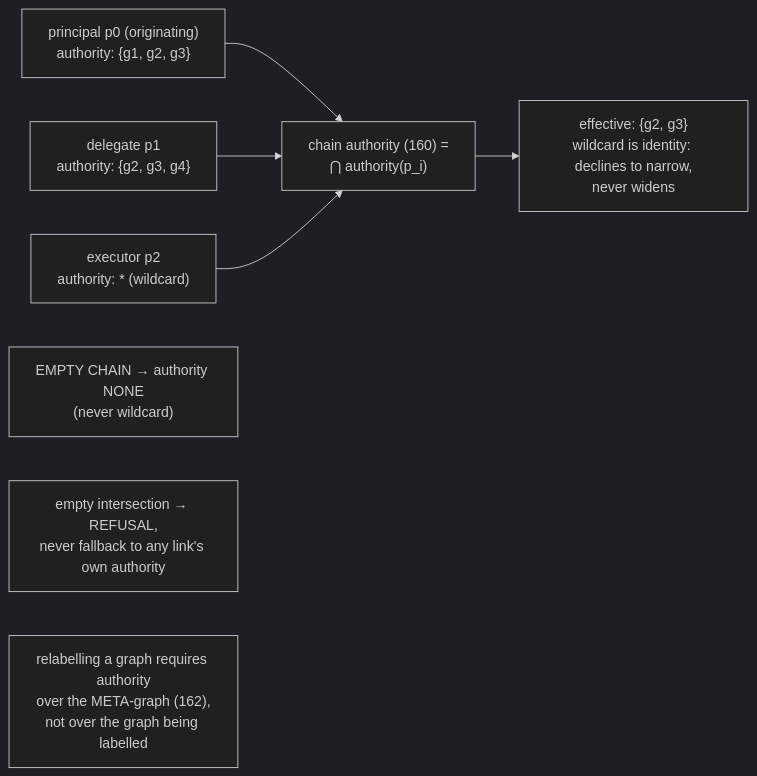
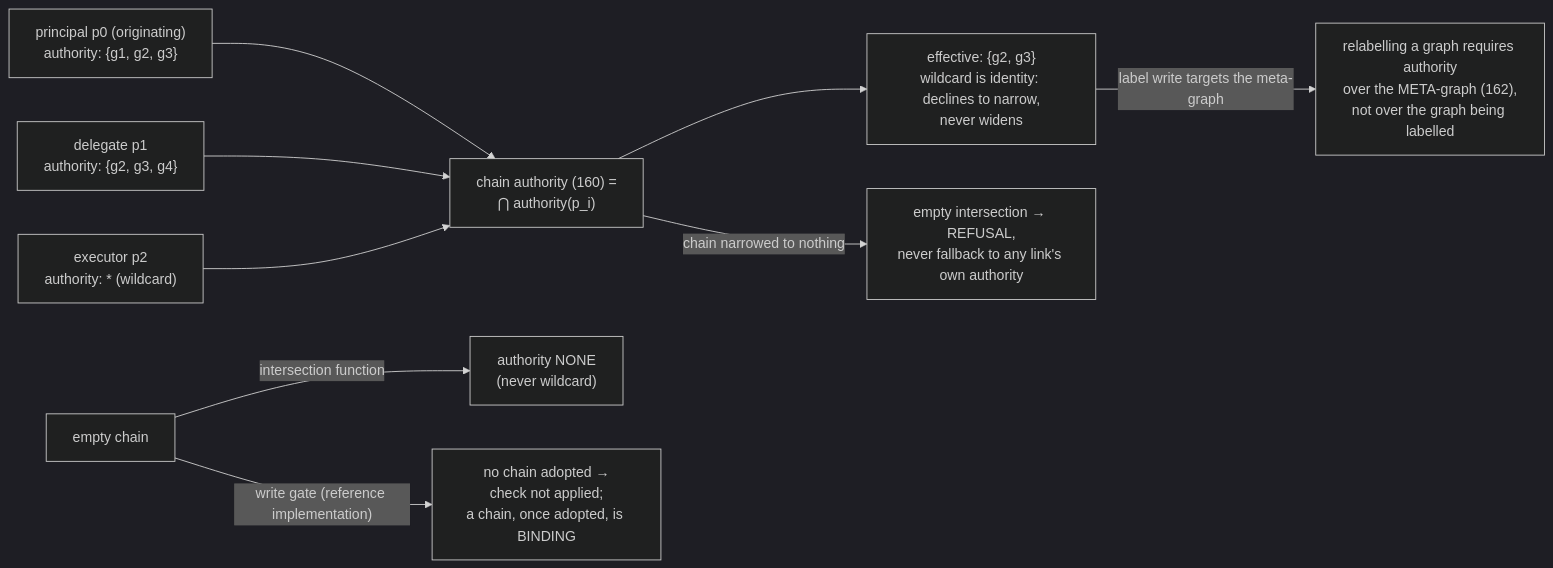
One commit to scbrown/quipu changed the eighth of 8 diagrams in docs/patents/provisional-governance-cluster.md. Above: the diagram before and after it, drawn with Mermaid (dark theme). The commit also changed other lines of this file and 1 other file, not shown here.

````diff
--- a/docs/patents/provisional-governance-cluster.md
+++ b/docs/patents/provisional-governance-cluster.md
@@ -1000,10 +1111,11 @@
 ```mermaid
 flowchart LR
     P0["principal p0 (originating)<br/>authority: {g1, g2, g3}"] --> I["chain authority (160) =<br/>⋂ authority(p_i)"]
     P1["delegate p1<br/>authority: {g2, g3, g4}"] --> I
     P2["executor p2<br/>authority: * (wildcard)"] --> I
     I --> R["effective: {g2, g3}<br/>wildcard is identity: declines to narrow,<br/>never widens"]
-    E0["EMPTY CHAIN → authority NONE<br/>(never wildcard)"]
-    E1["empty intersection → REFUSAL,<br/>never fallback to any link's own authority"]
-    M["relabelling a graph requires authority<br/>over the META-graph (162),<br/>not over the graph being labelled"]
+    I -- "chain narrowed to nothing" --> E1["empty intersection → REFUSAL,<br/>never fallback to any link's own authority"]
+    EC["empty chain"] -- "intersection function" --> E0["authority NONE<br/>(never wildcard)"]
+    EC -- "write gate (reference implementation)" --> NG["no chain adopted →<br/>check not applied;<br/>a chain, once adopted, is BINDING"]
+    R -- "label write targets the meta-graph" --> M["relabelling a graph requires authority<br/>over the META-graph (162),<br/>not over the graph being labelled"]
 ```
````
